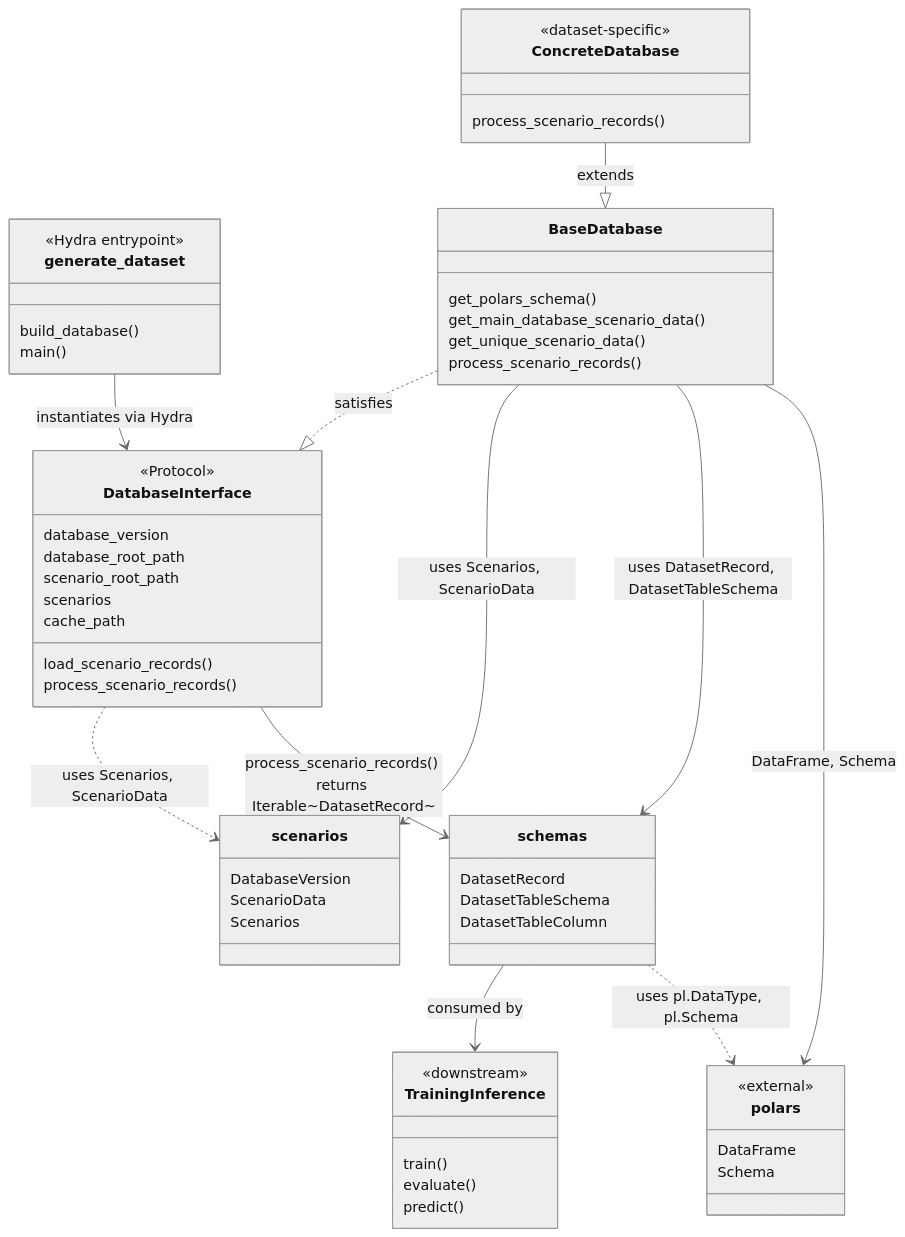
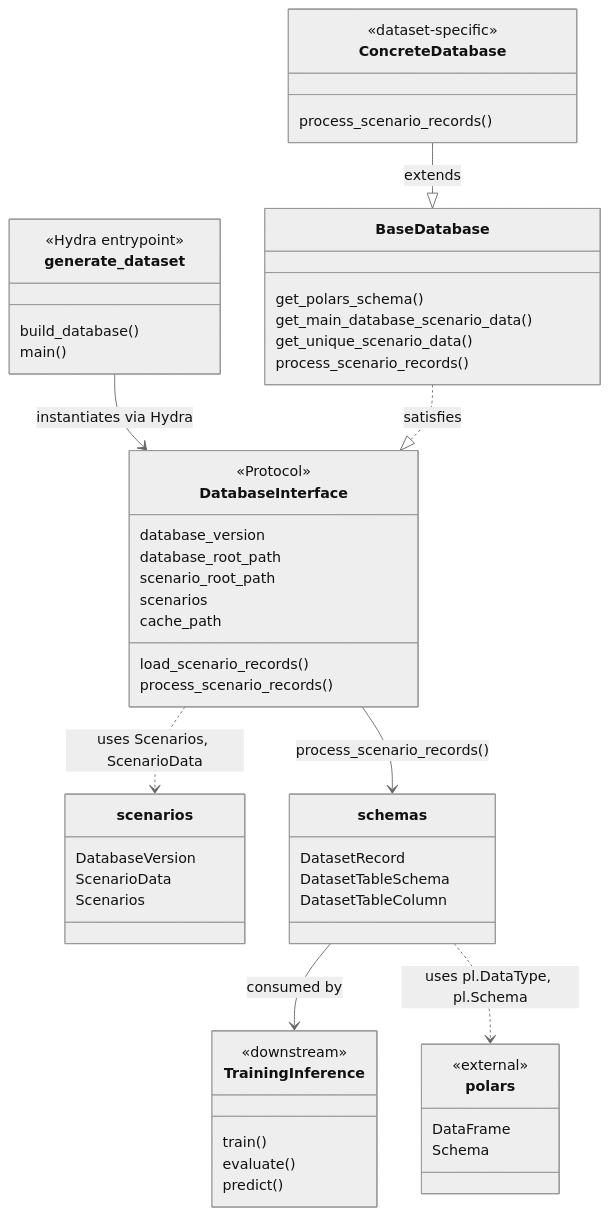
One commit to tier4/autoware-ml changed the diagram in autoware_ml/databases/README.md. Above: the diagram before and after it, drawn with Mermaid (neutral theme).

````diff
--- a/autoware_ml/databases/README.md
+++ b/autoware_ml/databases/README.md
@@ -19,74 +19,70 @@
 ```mermaid
 classDiagram
     direction TB
 
     class generate_dataset {
         <<Hydra entrypoint>>
         build_database()
         main()
     }
 
     class DatabaseInterface {
         <<Protocol>>
         database_version
         database_root_path
         scenario_root_path
         scenarios
         cache_path
         load_scenario_records()
         process_scenario_records()
     }
 
     class BaseDatabase {
         get_polars_schema()
         get_main_database_scenario_data()
         get_unique_scenario_data()
         process_scenario_records()
     }
 
     class scenarios {
         DatabaseVersion
         ScenarioData
         Scenarios
     }
 
     class schemas {
         DatasetRecord
         DatasetTableSchema
         DatasetTableColumn
     }
 
     class polars {
         <<external>>
         DataFrame
         Schema
     }
 
     class ConcreteDatabase {
         <<dataset-specific>>
         process_scenario_records()
     }
 
     class TrainingInference {
         <<downstream>>
         train()
         evaluate()
         predict()
     }
 
     generate_dataset --> DatabaseInterface : instantiates via Hydra
 
     DatabaseInterface ..> scenarios : uses Scenarios, ScenarioData
-    DatabaseInterface --> schemas : process_scenario_records() returns Iterable~DatasetRecord~
+    DatabaseInterface --> schemas : process_scenario_records()
 
     BaseDatabase ..|> DatabaseInterface : satisfies
-    BaseDatabase --> scenarios : uses Scenarios, ScenarioData
-    BaseDatabase --> schemas : uses DatasetRecord, DatasetTableSchema
-    BaseDatabase --> polars : DataFrame, Schema
-
     ConcreteDatabase --|> BaseDatabase : extends
 
     schemas --> TrainingInference : consumed by
 
     schemas ..> polars : uses pl.DataType, pl.Schema
 ```
````
